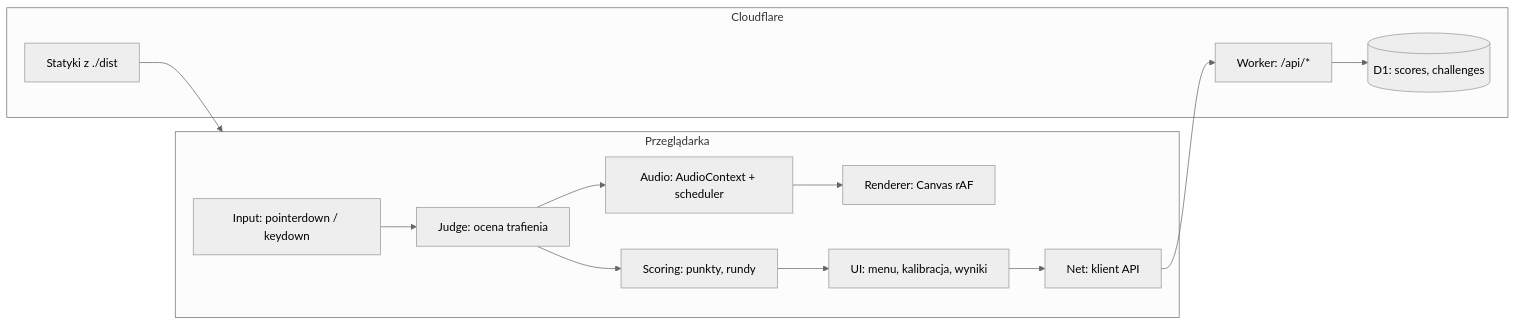
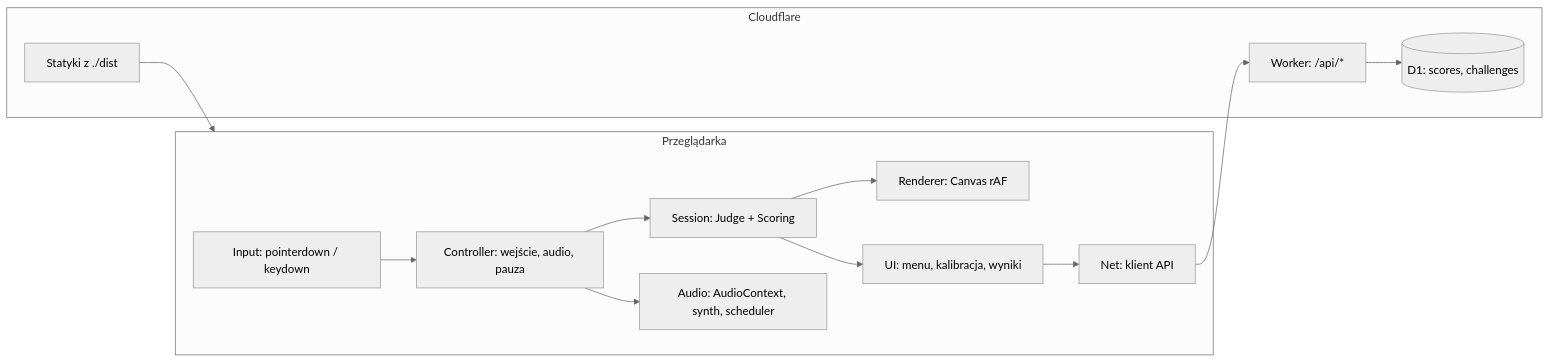
The diagram in docs/02-architecture.md (Adam2O5/hitline), drawn with Mermaid (neutral theme) before and after one commit. The commit also changed other lines of this file and 11 other files, not shown here.

Commit message:
class diagram + implementation plan + small docs adjustments

````diff
--- a/docs/02-architecture.md
+++ b/docs/02-architecture.md
@@ -9,23 +9,24 @@
 ```mermaid
 flowchart LR
   subgraph Client[Przeglądarka]
     IN[Input: pointerdown / keydown]
-    J[Judge: ocena trafienia]
-    SC[Scoring: punkty, rundy]
-    AU[Audio: AudioContext + scheduler]
+    C[Controller: wejście, audio, pauza]
+    S[Session: Judge + Scoring]
+    AU[Audio: AudioContext, synth, scheduler]
     R[Renderer: Canvas rAF]
     UI[UI: menu, kalibracja, wyniki]
     NET[Net: klient API]
   end
   subgraph Edge[Cloudflare]
     ST[Statyki z ./dist]
     W[Worker: /api/*]
     D1[(D1: scores, challenges)]
   end
-  IN --> J --> SC
-  J --> AU
-  AU --> R
-  SC --> UI
+  IN --> C
+  C --> S
+  C --> AU
+  S --> R
+  S --> UI
   UI --> NET --> W --> D1
   ST --> Client
 ```
````
